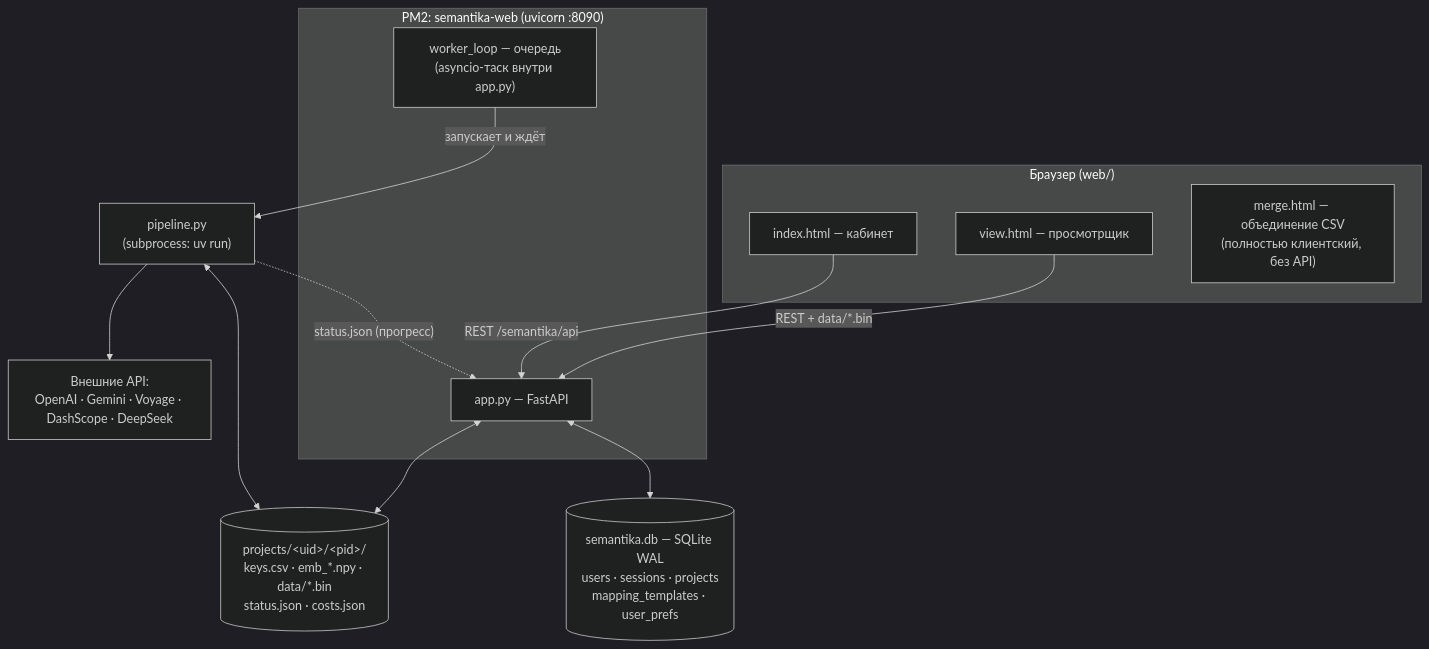
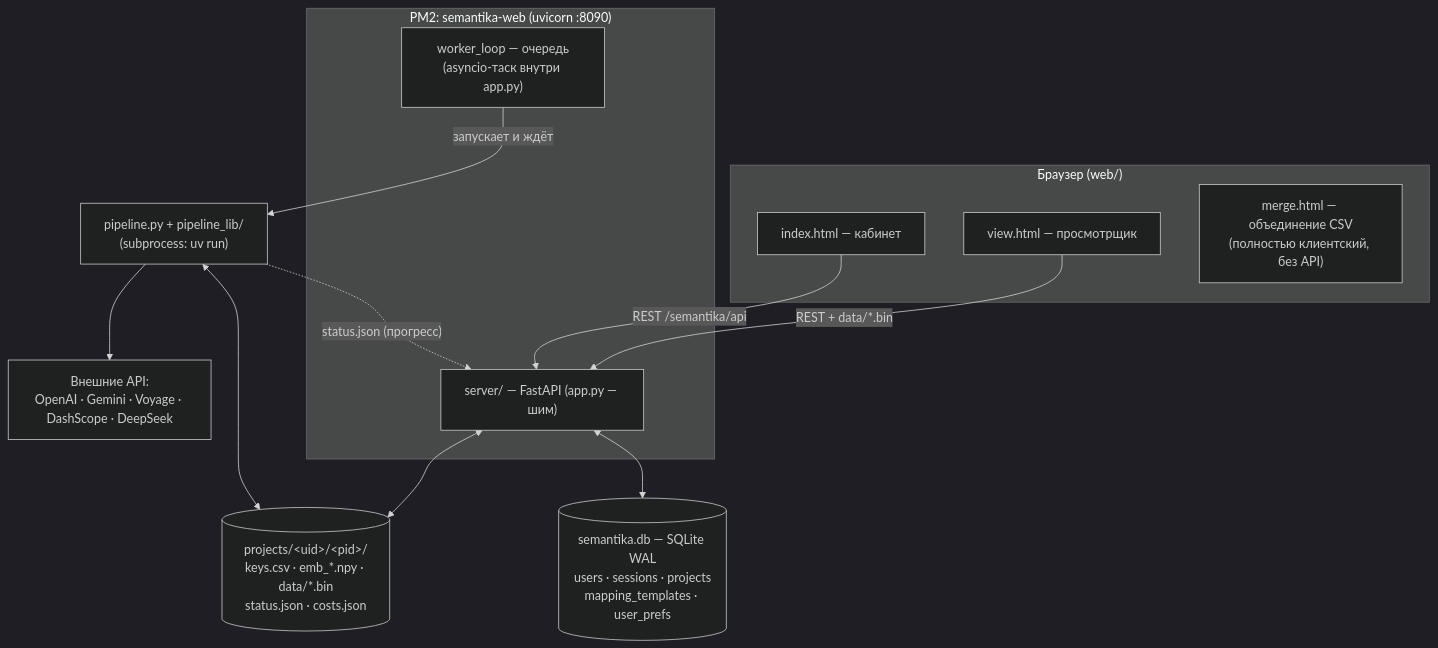
Before and after one commit to VKirill/smyslotron: the diagram in docs/architecture.md, drawn with Mermaid (dark theme). The commit also changed 3 other files, not shown here.

First line of the commit message:
docs: структура пакетов server/ и pipeline_lib/, JS-модули фронта; GitNexus reindex

````diff
--- a/docs/architecture.md
+++ b/docs/architecture.md
@@ -5,25 +5,25 @@
 ```mermaid
 flowchart TB
     subgraph Browser["Браузер (web/)"]
         IDX["index.html — кабинет"]
         VIEW["view.html — просмотрщик"]
         MRG["merge.html — объединение CSV<br>(полностью клиентский, без API)"]
     end
     subgraph Server["PM2: semantika-web (uvicorn :8090)"]
-        APP["app.py — FastAPI"]
+        APP["server/ — FastAPI (app.py — шим)"]
         WK["worker_loop — очередь<br>(asyncio-таск внутри app.py)"]
     end
-    PIPE["pipeline.py<br>(subprocess: uv run)"]
+    PIPE["pipeline.py + pipeline_lib/<br>(subprocess: uv run)"]
     DB[("semantika.db — SQLite WAL<br>users · sessions · projects<br>mapping_templates · user_prefs")]
     FS[("projects/&lt;uid&gt;/&lt;pid&gt;/<br>keys.csv · emb_*.npy · data/*.bin<br>status.json · costs.json")]
     EXT["Внешние API:<br>OpenAI · Gemini · Voyage · DashScope · DeepSeek"]
 
     IDX -->|"REST /semantika/api"| APP
     VIEW -->|"REST + data/*.bin"| APP
     APP <--> DB
     APP <--> FS
     WK -->|"запускает и ждёт"| PIPE
     PIPE <--> FS
     PIPE --> EXT
     PIPE -.->|"status.json (прогресс)"| APP
 ```
````
